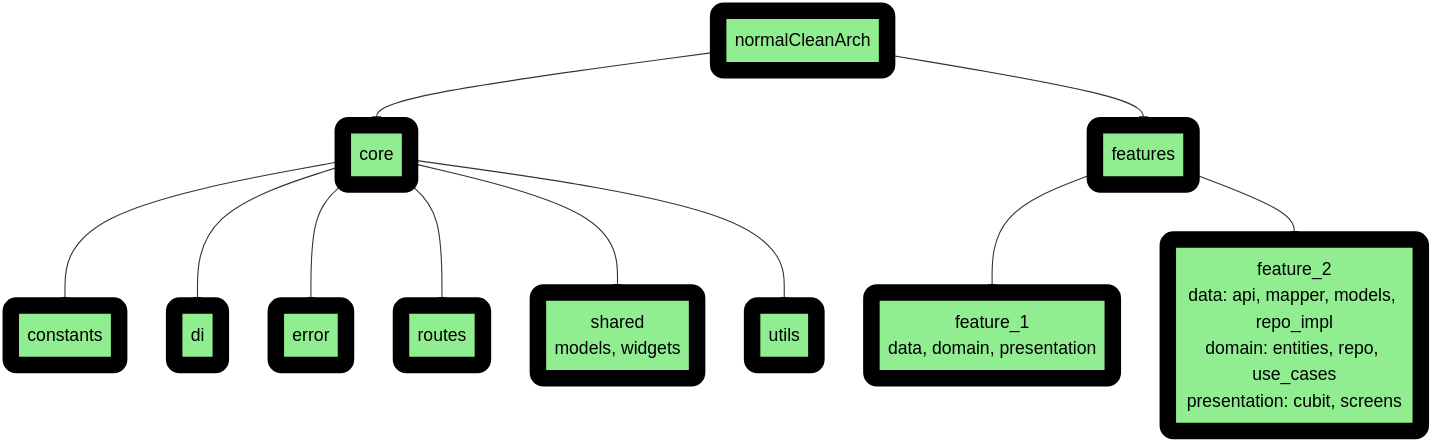
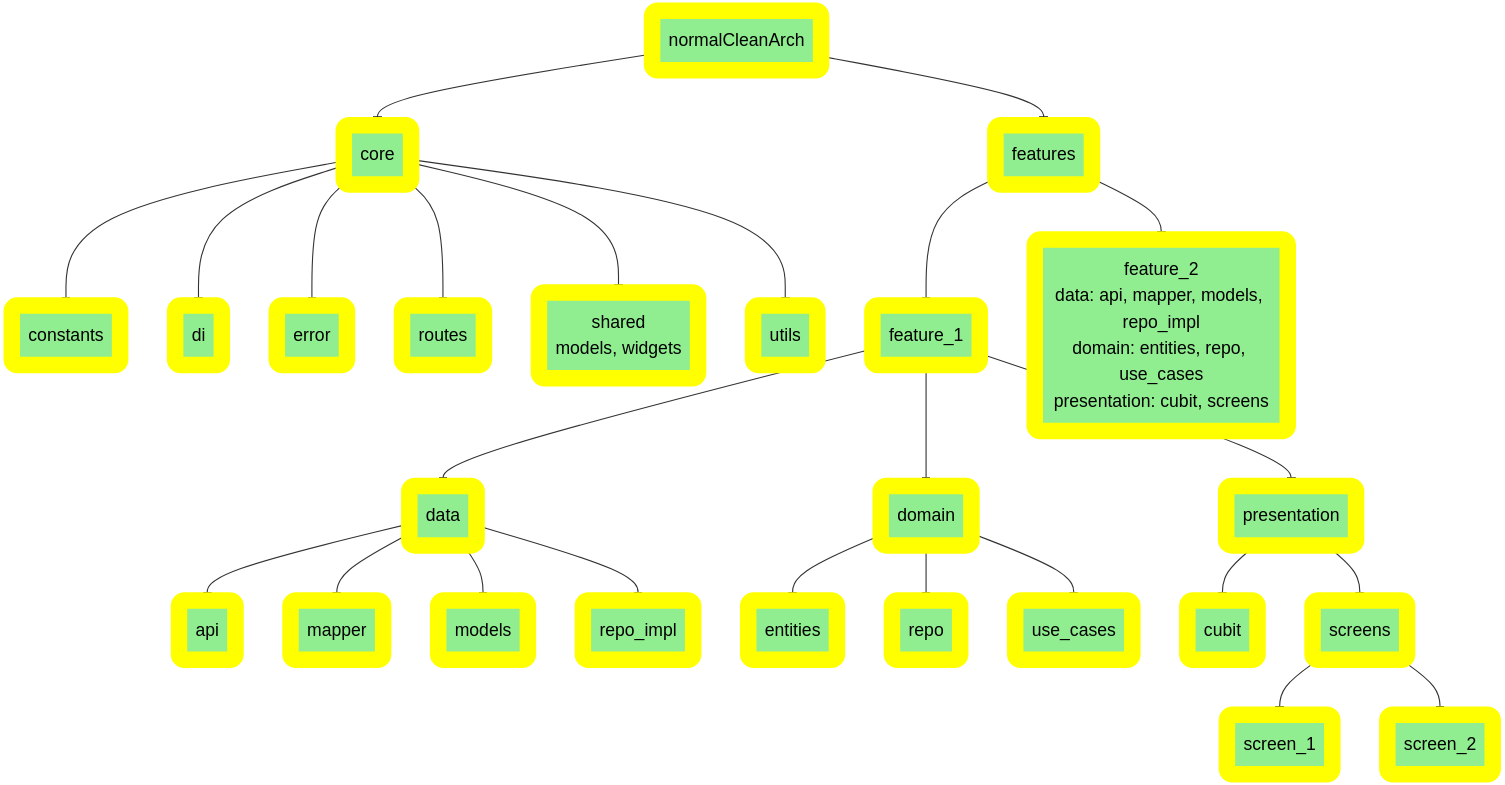
The diagram in README.md (Mahm0udbakir/clean_arch), drawn with Mermaid before and after one commit.

Commit message:
Enhance README.md architecture diagram by detailing the structure of feature_1, including its data, domain, and presentation components, and updating class definitions' stroke colors for better visual distinction.

````diff
--- a/README.md
+++ b/README.md
@@ -5,22 +5,36 @@
 ```mermaid
 graph TD
     A(normalCleanArch) --> B(core)
     A --> C(features)
 
     B --> B1(constants)
     B --> B2(di)
     B --> B3(error)
     B --> B4(routes)
     B --> B5("shared<br/>models, widgets")
     B --> B6(utils)
 
-    C --> C1("feature_1<br/>data, domain, presentation")
+    C --> C1(feature_1)
+    C1 --> C1a(data)
+    C1a --> C1a1(api)
+    C1a --> C1a2(mapper)
+    C1a --> C1a3(models)
+    C1a --> C1a4(repo_impl)
+    C1 --> C1b(domain)
+    C1b --> C1b1(entities)
+    C1b --> C1b2(repo)
+    C1b --> C1b3(use_cases)
+    C1 --> C1c(presentation)
+    C1c --> C1c1(cubit)
+    C1c --> C1c2(screens)
+    C1c2 --> C1c2a(screen_1)
+    C1c2 --> C1c2b(screen_2)
+
     C --> C2("feature_2<br/>data: api, mapper, models, repo_impl<br/>domain: entities, repo, use_cases<br/>presentation: cubit, screens")
 
-    classDef core fill:#90EE90,stroke:#000000,stroke-width:15px,color:#000000;
-    classDef features fill:#90EE90,stroke:#000000,stroke-width:15px,color:#000000;
-    classDef lib fill:#90EE90,stroke:#000000,stroke-width:15px,color:#000000;
+    classDef core fill:#90EE90,stroke:#FFFF00,stroke-width:15px,color:#000000;
+    classDef features fill:#90EE90,stroke:#FFFF00,stroke-width:15px,color:#000000;
+    classDef lib fill:#90EE90,stroke:#FFFF00,stroke-width:15px,color:#000000;
     class A,B,B1,B2,B3,B4,B5,B6 core;
-    class C,C1,C2 features;
-    class D,D1 lib;
+    class C,C1,C1a,C1a1,C1a2,C1a3,C1a4,C1b,C1b1,C1b2,C1b3,C1c,C1c1,C1c2,C1c2a,C1c2b,C2 features;
 ```
````
